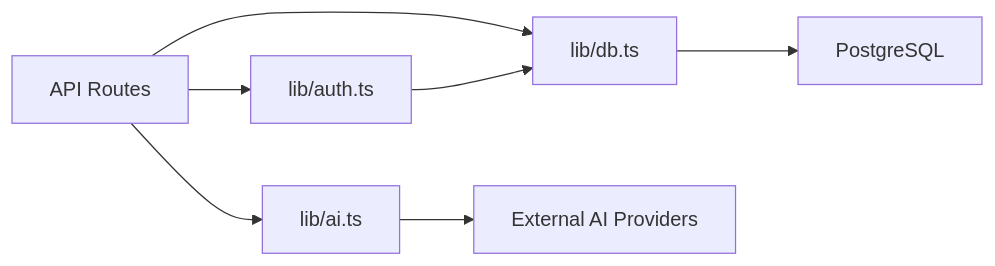
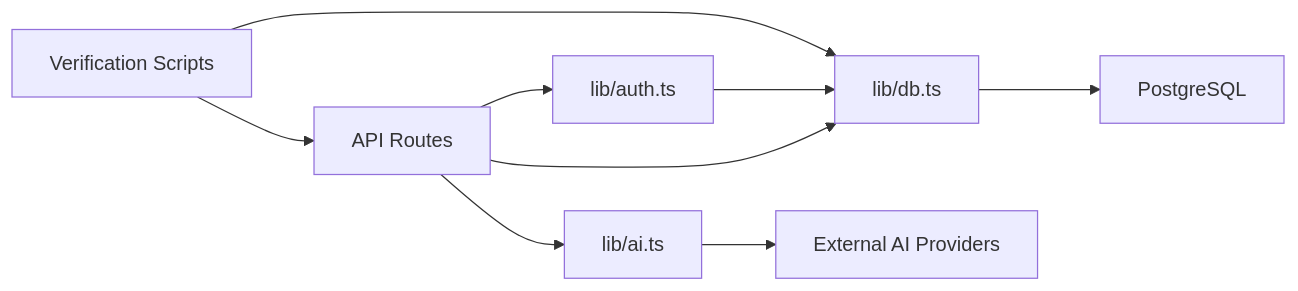
Before and after one commit to Javeria-Javaid/ai-powered-pet-healthcare-ecosystem: the eighth of 8 diagrams in .qoder/repowiki/en/content/Testing Strategy/Integration Testing.md, drawn with Mermaid. The commit also changed other lines of this file and 23 other files, not shown here.

````diff
--- a/.qoder/repowiki/en/content/Testing Strategy/Integration Testing.md
+++ b/.qoder/repowiki/en/content/Testing Strategy/Integration Testing.md
@@ -373,9 +494,11 @@
 ```mermaid
 graph LR
 Routes["API Routes"] --> Auth["lib/auth.ts"]
 Routes --> DB["lib/db.ts"]
 Routes --> AI["lib/ai.ts"]
 Auth --> DB
 DB --> PG["PostgreSQL"]
 AI --> Ext["External AI Providers"]
+Scripts["Verification Scripts"] --> Routes
+Scripts --> DB
 ```
````
